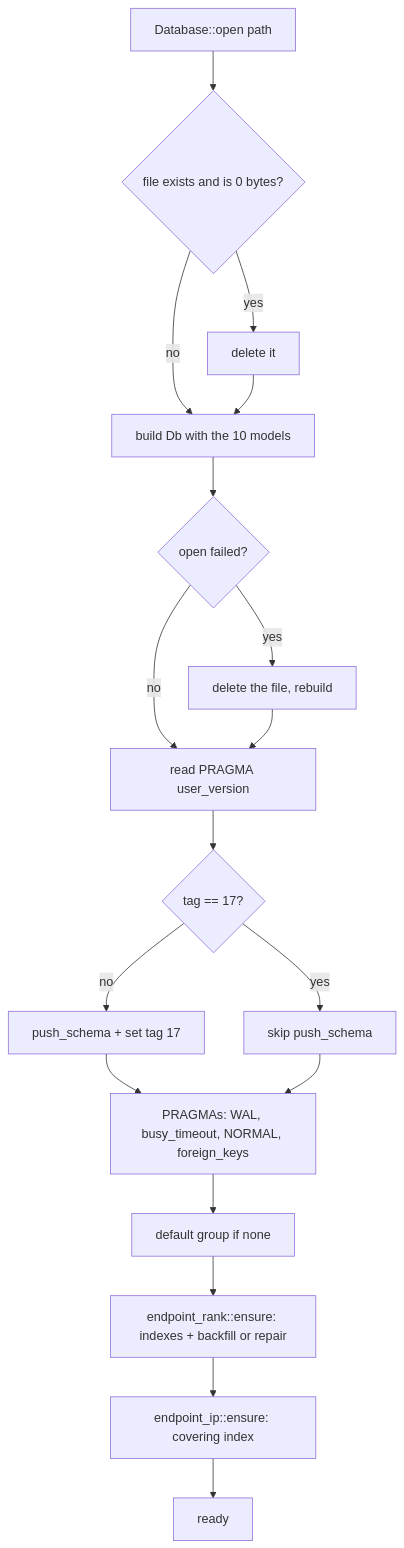
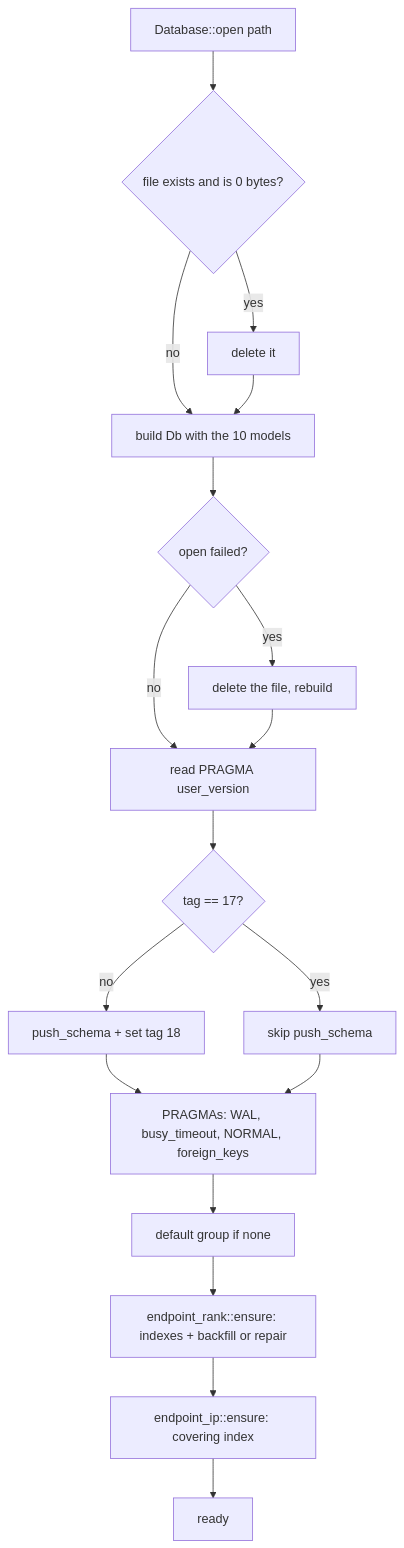
One commit to SaelKimberly/xray-tui changed the second of 7 diagrams in docs/database.md. Above: the diagram before and after it, drawn with Mermaid. The commit also changed other lines of this file and 32 other files, not shown here.

````diff
--- a/docs/database.md
+++ b/docs/database.md
@@ -318,20 +320,20 @@
 ```mermaid
 flowchart TD
     A[Database::open path] --> B{file exists and is 0 bytes?}
     B -- yes --> C[delete it]
     B -- no --> D[build Db with the 10 models]
     C --> D
     D --> E{open failed?}
     E -- yes --> F[delete the file, rebuild]
     E -- no --> G[read PRAGMA user_version]
     F --> G
     G --> H{tag == 17?}
-    H -- no --> I[push_schema + set tag 17]
+    H -- no --> I[push_schema + set tag 18]
     H -- yes --> J[skip push_schema]
     I --> K[PRAGMAs: WAL, busy_timeout, NORMAL, foreign_keys]
     J --> K
     K --> L[default group if none]
     L --> M["endpoint_rank::ensure: indexes + backfill or repair"]
     M --> N["endpoint_ip::ensure: covering index"]
     N --> O[ready]
 ```
````
